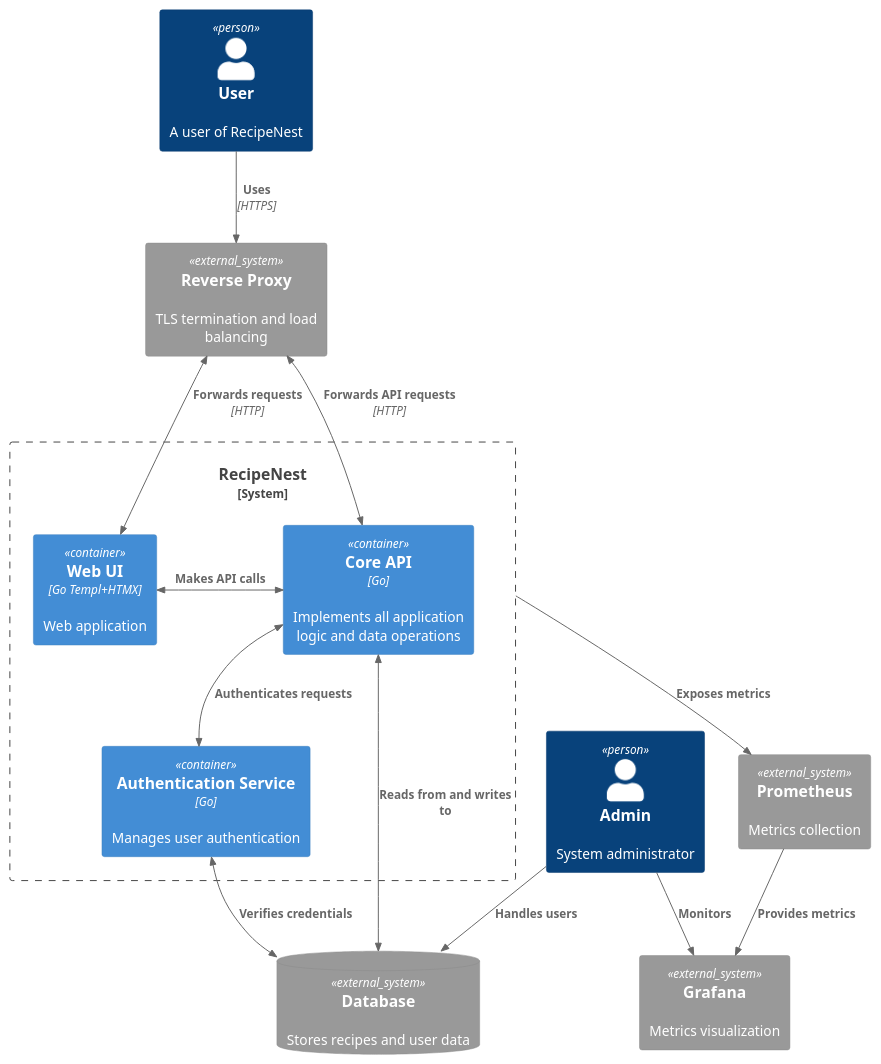
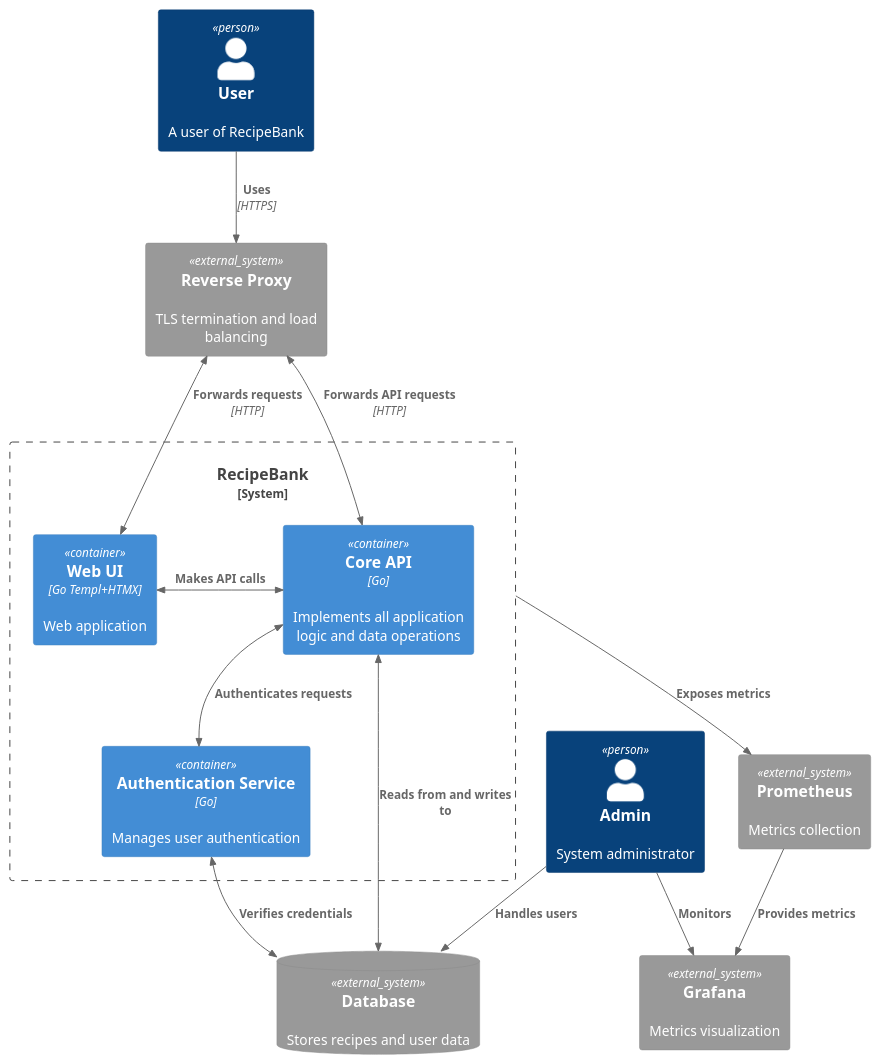
Before and after one commit to AntonLuning/RecipeBank: the diagram in docs/system_architecture.puml, drawn with PlantUML. The commit also changed 5 other files, not shown here.

```diff
--- a/docs/system_architecture.puml
+++ b/docs/system_architecture.puml
@@ -1,34 +1,34 @@
 @startuml system_architecture
 
 !include https://raw.githubusercontent.com/plantuml-stdlib/C4-PlantUML/master/C4_Container.puml
 
-Person(user, "User", "A user of RecipeNest")
+Person(user, "User", "A user of RecipeBank")
 Person(admin, "Admin", "System administrator")
 
-System_Boundary(app, "RecipeNest") {
+System_Boundary(app, "RecipeBank") {
     Container(web_ui, "Web UI", "Go Templ+HTMX", "Web application")
     Container(core_api, "Core API", "Go", "Implements all application logic and data operations")
     Container(auth_service, "Authentication Service", "Go", "Manages user authentication")
 }
 
 SystemDb_Ext(db, "Database", "Stores recipes and user data")
 System_Ext(reverse_proxy, "Reverse Proxy", "TLS termination and load balancing")
 System_Ext(prometheus, "Prometheus", "Metrics collection")
 System_Ext(grafana, "Grafana", "Metrics visualization")
 
 Rel_D(user, reverse_proxy, "Uses", "HTTPS")
 BiRel_D(reverse_proxy, web_ui, "Forwards requests", "HTTP")
 BiRel_D(reverse_proxy, core_api, "Forwards API requests", "HTTP")
 BiRel_R(web_ui, core_api, "Makes API calls")
 BiRel_D(core_api, auth_service, "Authenticates requests")
 BiRel_D(core_api, db, "Reads from and writes to")
 BiRel_D(auth_service, db, "Verifies credentials")
 
 Rel(app, prometheus, "Exposes metrics")
 
 Rel(prometheus, grafana, "Provides metrics")
 
 Rel(admin, grafana, "Monitors")
 Rel(admin, db, "Handles users")
 
 @enduml
```
